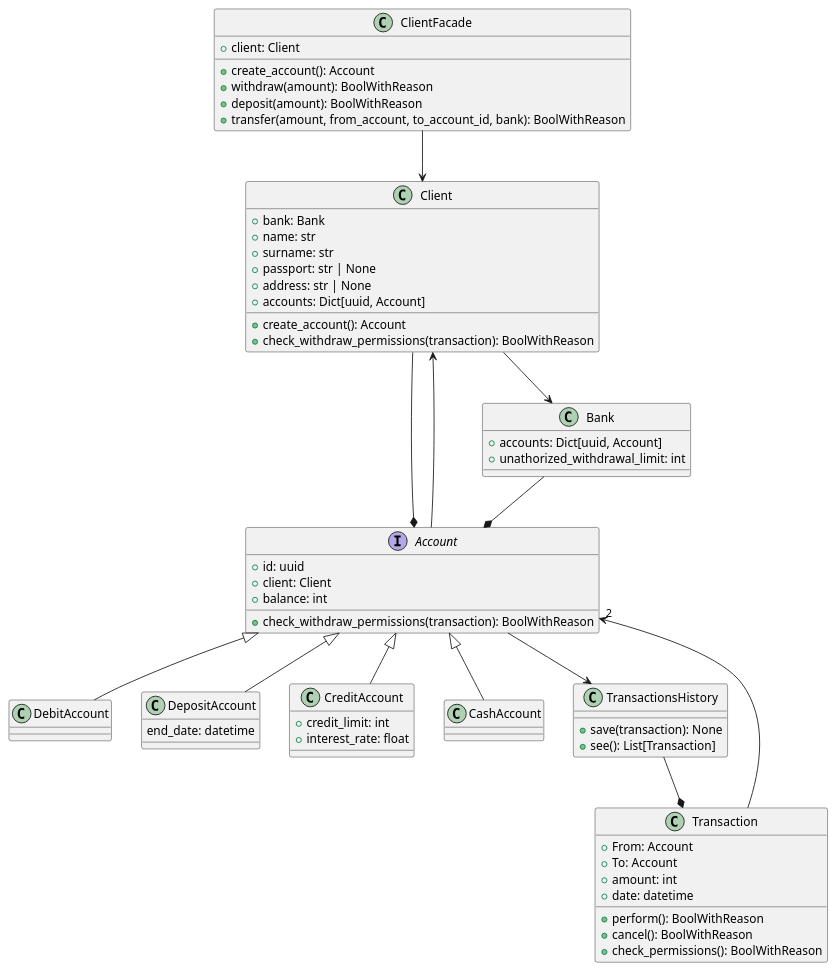
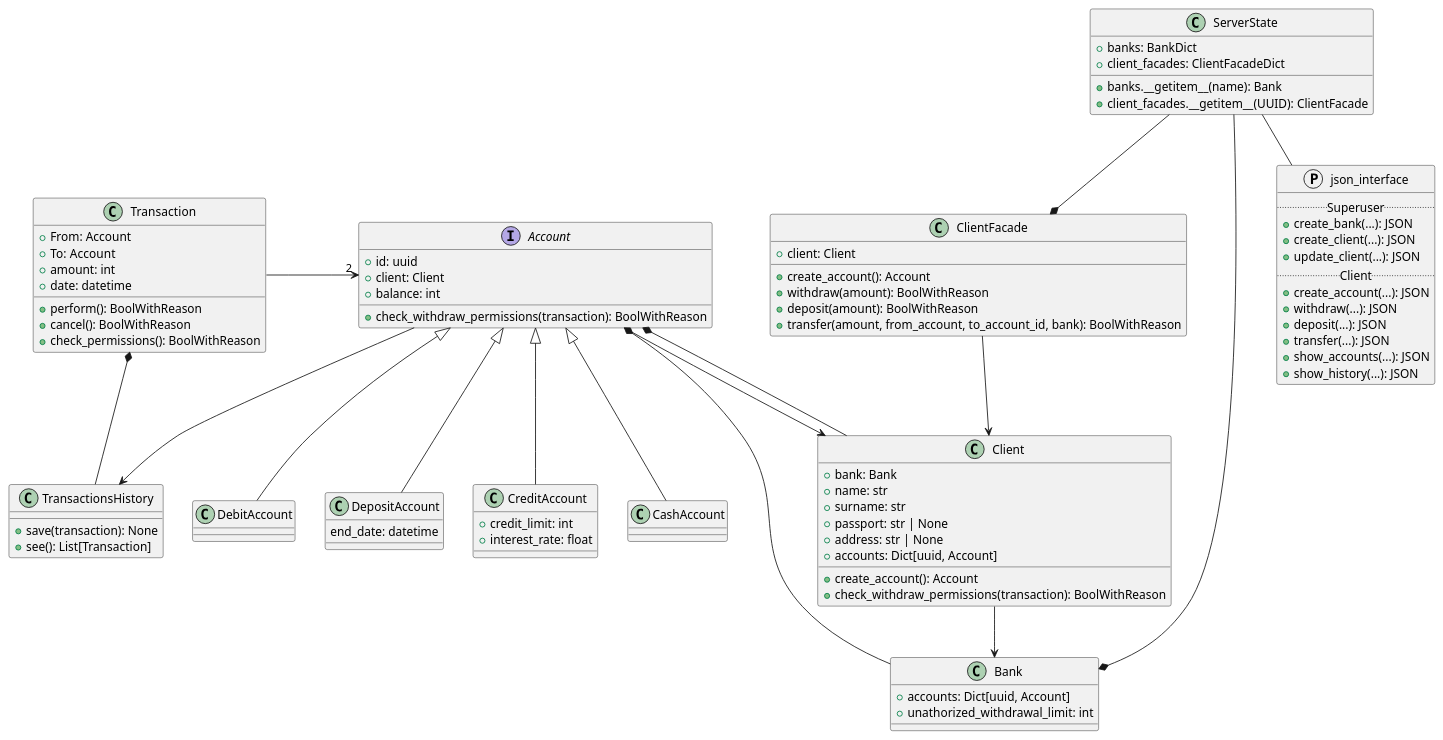
One commit to Batmaev/banking-proj changed the diagram in diagrams/classes.puml. Above: the diagram before and after it, drawn with PlantUML. The commit also changed 1 other file, not shown here.

Commit message:
added json interface to diagram

```diff
--- a/diagrams/classes.puml
+++ b/diagrams/classes.puml
@@ -1,80 +1,107 @@
 @startuml classes_uml
+
+class ServerState {
+    + banks: BankDict
+    + client_facades: ClientFacadeDict
+    ___
+    + banks.__getitem__(name): Bank
+    + client_facades.__getitem__(UUID): ClientFacade
+}
+
+ServerState --* Bank
+ServerState --* ClientFacade
+
+protocol json_interface {
+    .. Superuser ..
+    + create_bank(...): JSON
+    + create_client(...): JSON
+    + update_client(...): JSON
+    .. Client ..
+    + create_account(...): JSON
+    + withdraw(...): JSON
+    + deposit(...): JSON
+    + transfer(...): JSON
+    + show_accounts(...): JSON
+    + show_history(...): JSON
+}
+
+ServerState -- json_interface
 
 class ClientFacade {
     + client: Client
 
     + create_account(): Account
     + withdraw(amount): BoolWithReason
     + deposit(amount): BoolWithReason
     + transfer(amount, from_account, to_account_id, bank): BoolWithReason
 }
 
 ClientFacade --> Client
 
 class Client {
     + bank: Bank
     + name: str
     + surname: str
     + passport: str | None
     + address: str | None
     + accounts: Dict[uuid, Account]
 
     + create_account(): Account
     + check_withdraw_permissions(transaction): BoolWithReason
 }
 
 interface Account {
     + id: uuid
     + client: Client
     + balance: int
 
     + check_withdraw_permissions(transaction): BoolWithReason
 }
 
 Account <|-- DebitAccount
 Account <|-- DepositAccount
 Account <|-- CreditAccount
 Account <|-- CashAccount
 
 class DepositAccount {
     end_date: datetime
 }
 
 class CreditAccount {
     + credit_limit: int
     + interest_rate: float
 }
 
 
 class Bank {
     + accounts: Dict[uuid, Account]
     + unathorized_withdrawal_limit: int
 }
 
 Client --> Bank
 Bank --* Account
 Client --* Account
 Account --> Client
 
 class Transaction {
     + From: Account
     + To: Account
     + amount: int
     + date: datetime
 
     + perform(): BoolWithReason
     + cancel(): BoolWithReason
     + check_permissions(): BoolWithReason
 }
 
-Transaction --> "2" Account
+Transaction -> "2" Account
 
 class TransactionsHistory {
     + save(transaction): None
     + see(): List[Transaction]
 }
 
 TransactionsHistory --* Transaction
 Account --> TransactionsHistory
 
 @enduml
```
